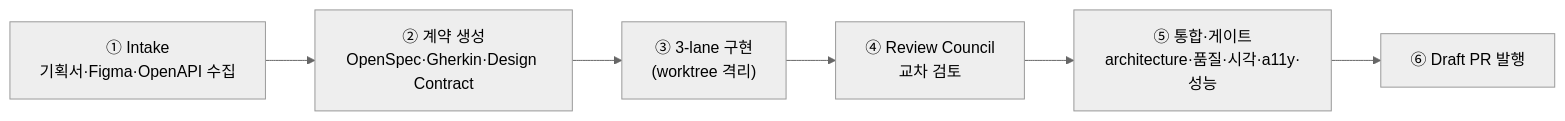
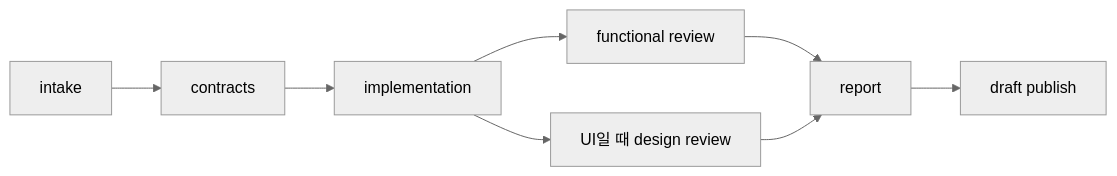
The diagram in website/docs/getting-started/quickstart.md (dhyun2/spec-to-pr), drawn with Mermaid (neutral theme) before and after one commit. The commit also changed other lines of this file and 149 other files, not shown here.

````diff
--- a/website/docs/getting-started/quickstart.md
+++ b/website/docs/getting-started/quickstart.md
@@ -55,8 +39,10 @@
 ```mermaid
 flowchart LR
-    I["① Intake<br/>기획서·Figma·OpenAPI 수집"] --> E["② 계약 생성<br/>OpenSpec·Gherkin·Design Contract"]
-    E --> L["③ 3-lane 구현<br/>(worktree 격리)"]
-    L --> C["④ Review Council<br/>교차 검토"]
-    C --> G["⑤ 통합·게이트<br/>architecture·품질·시각·a11y·성능"]
-    G --> P["⑥ Draft PR 발행"]
+    I["intake"] --> C["contracts"]
+    C --> M["implementation"]
+    M --> F["functional review"]
+    M --> D["UI일 때 design review"]
+    F --> R["report"]
+    D --> R
+    R --> P["draft publish"]
 ```
````
